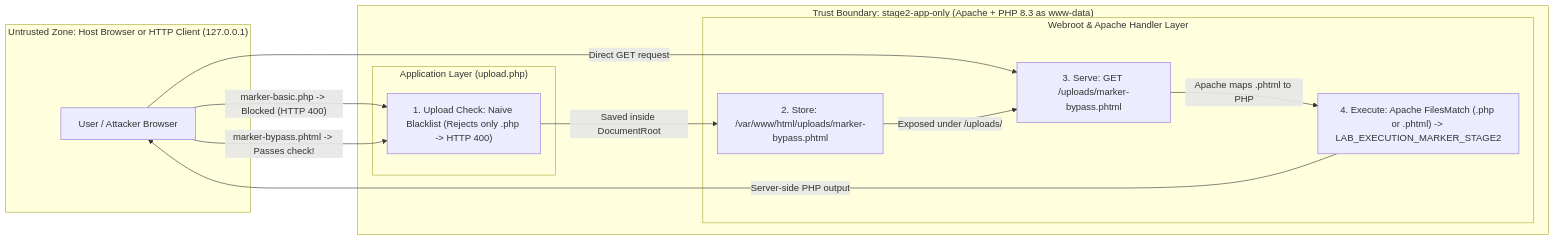
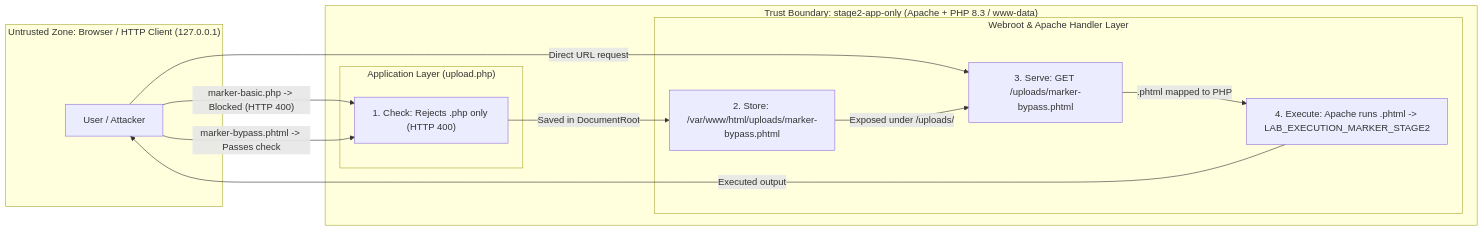
Before and after one commit to sunak-tech/upload-to-execution-lab: the second of 3 diagrams in labs/01-php-upload-defense/README.en.md, drawn with Mermaid. The commit also changed other lines of this file and 38 other files, not shown here.

````diff
--- a/labs/01-php-upload-defense/README.en.md
+++ b/labs/01-php-upload-defense/README.en.md
@@ -124,25 +86,25 @@
 ```mermaid
 flowchart LR
-    subgraph ClientZone2["Untrusted Zone: Host Browser or HTTP Client (127.0.0.1)"]
-        U2["User / Attacker Browser"]
+    subgraph Client2["Untrusted Zone: Browser / HTTP Client (127.0.0.1)"]
+        U2["User / Attacker"]
     end
 
-    subgraph ContainerS2["Trust Boundary: stage2-app-only (Apache + PHP 8.3 as www-data)"]
-        subgraph AppLayer2["Application Layer (upload.php)"]
-            BL2["1. Upload Check: Naive Blacklist (Rejects only .php -> HTTP 400)"]
+    subgraph Server2["Trust Boundary: stage2-app-only (Apache + PHP 8.3 / www-data)"]
+        subgraph App2["Application Layer (upload.php)"]
+            BL2["1. Check: Rejects .php only (HTTP 400)"]
         end
-        subgraph InfraLayer2["Webroot & Apache Handler Layer"]
+        subgraph Infra2["Webroot & Apache Handler Layer"]
             ST2["2. Store: /var/www/html/uploads/marker-bypass.phtml"]
             SV2["3. Serve: GET /uploads/marker-bypass.phtml"]
-            EX2["4. Execute: Apache FilesMatch (.php or .phtml) -> LAB_EXECUTION_MARKER_STAGE2"]
+            EX2["4. Execute: Apache runs .phtml -> LAB_EXECUTION_MARKER_STAGE2"]
         end
     end
 
     U2 -->|"marker-basic.php -> Blocked (HTTP 400)"| BL2
-    U2 -->|"marker-bypass.phtml -> Passes check!"| BL2
-    BL2 -->|"Saved inside DocumentRoot"| ST2
-    U2 -->|"Direct GET request"| SV2
+    U2 -->|"marker-bypass.phtml -> Passes check"| BL2
+    BL2 -->|"Saved in DocumentRoot"| ST2
+    U2 -->|"Direct URL request"| SV2
     ST2 -->|"Exposed under /uploads/"| SV2
-    SV2 -->|"Apache maps .phtml to PHP"| EX2
-    EX2 -->|"Server-side PHP output"| U2
+    SV2 -->|".phtml mapped to PHP"| EX2
+    EX2 -->|"Executed output"| U2
 ```
````
